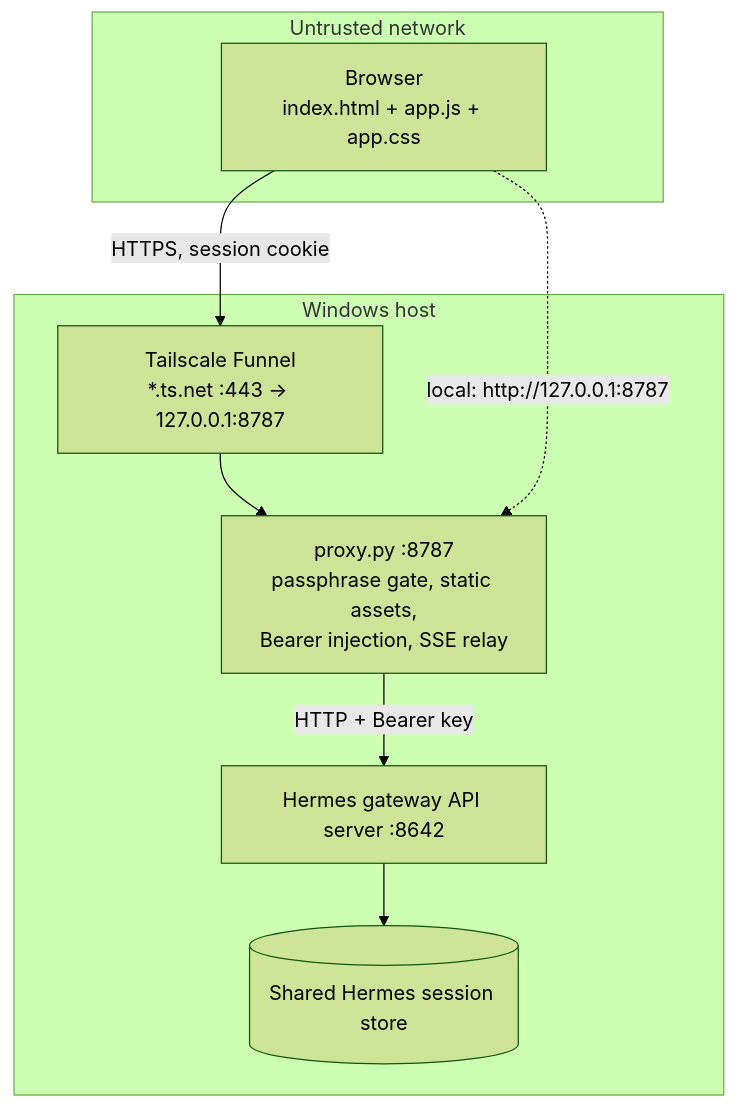
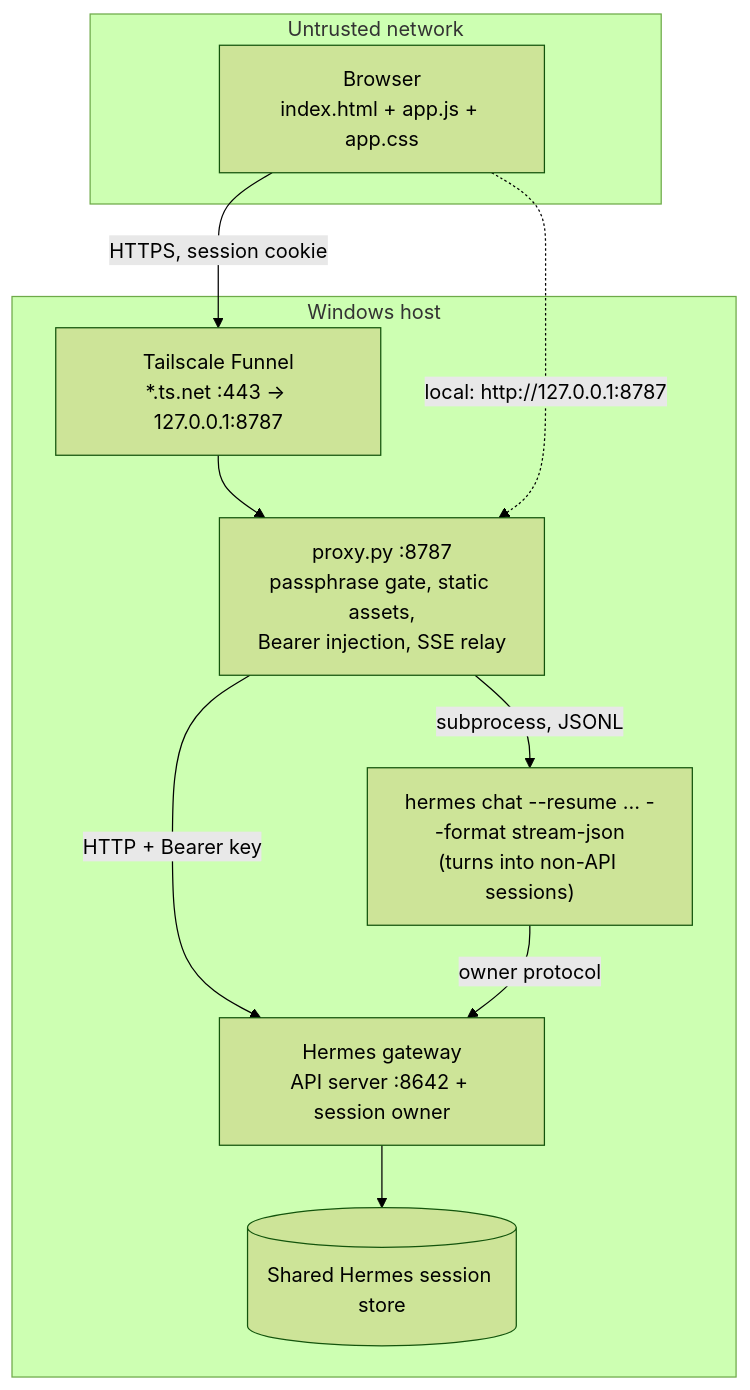
One commit to mr-september/hermes-uplink changed the first of 2 diagrams in ARCHITECTURE.md. Above: the diagram before and after it, drawn with Mermaid (forest theme). The commit also changed other lines of this file and 7 other files, not shown here.

First line of the commit message:
feat(proxy): send turns into non-API sessions through the Hermes CLI

````diff
--- a/ARCHITECTURE.md
+++ b/ARCHITECTURE.md
@@ -15,15 +15,17 @@
 ```mermaid
 flowchart TB
     subgraph WAN["Untrusted network"]
         EDGE["Browser<br/>index.html + app.js + app.css"]
     end
     subgraph HOST["Windows host"]
         TS["Tailscale Funnel<br/>*.ts.net :443 -> 127.0.0.1:8787"]
         PROXY["proxy.py :8787<br/>passphrase gate, static assets,<br/>Bearer injection, SSE relay"]
-        GW["Hermes gateway API server :8642"]
+        CLI["hermes chat --resume … --format stream-json<br/>(turns into non-API sessions)"]
+        GW["Hermes gateway<br/>API server :8642 + session owner"]
         STORE[("Shared Hermes session store")]
     end
     EDGE -- "HTTPS, session cookie" --> TS --> PROXY
     EDGE -. "local: http://127.0.0.1:8787" .-> PROXY
     PROXY -- "HTTP + Bearer key" --> GW --> STORE
+    PROXY -- "subprocess, JSONL" --> CLI -- "owner protocol" --> GW
 ```
````
